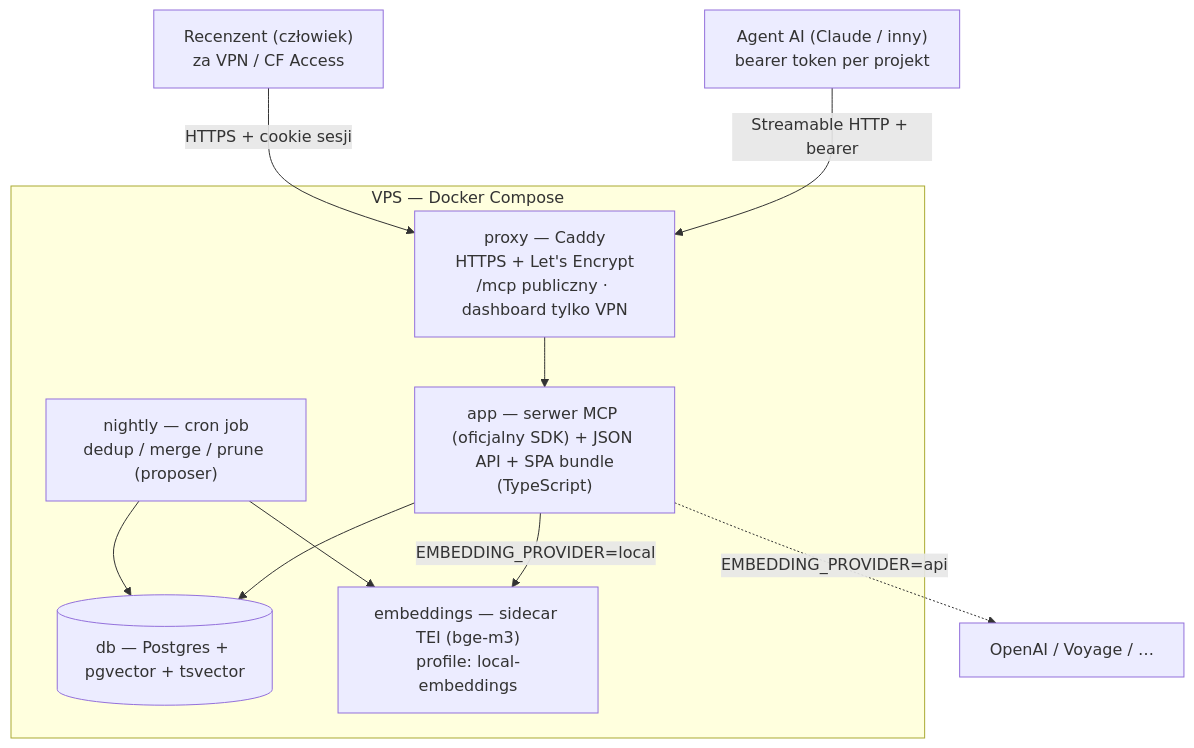
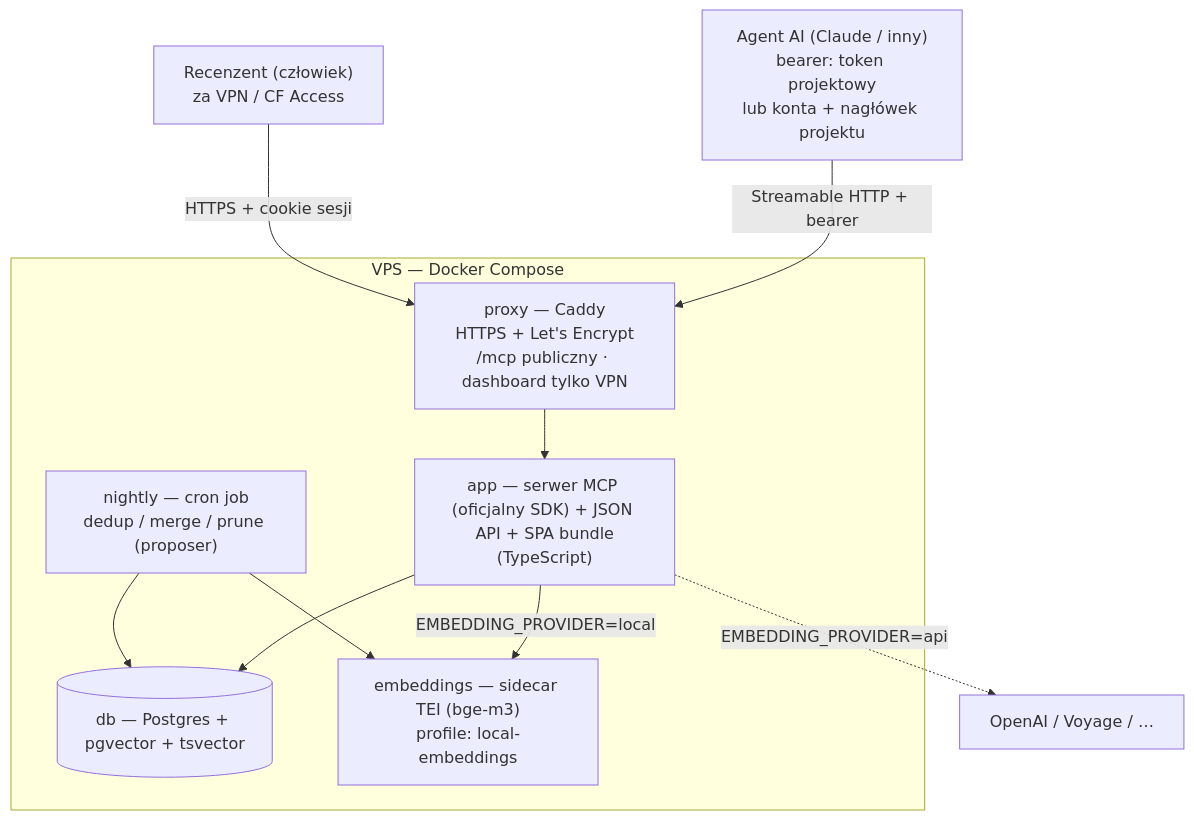
The diagram in context/tech-stack.md (Grog99/context-keeper), drawn with Mermaid before and after one commit. The commit also changed other lines of this file and 5 other files, not shown here.

````diff
--- a/context/tech-stack.md
+++ b/context/tech-stack.md
@@ -58,22 +74,22 @@
 ```mermaid
 flowchart TB
-    Agent["Agent AI (Claude / inny)\nbearer token per projekt"]
+    Agent["Agent AI (Claude / inny)\nbearer: token projektowy\nlub konta + nagłówek projektu"]
     Human["Recenzent (człowiek)\nza VPN / CF Access"]
 
     subgraph VPS["VPS — Docker Compose"]
         Proxy["proxy — Caddy\nHTTPS + Let's Encrypt\n/mcp publiczny · dashboard tylko VPN"]
         App["app — serwer MCP (oficjalny SDK) + JSON API + SPA bundle\n(TypeScript)"]
         DB[("db — Postgres + pgvector + tsvector")]
         Nightly["nightly — cron job\ndedup / merge / prune (proposer)"]
         Emb["embeddings — sidecar TEI (bge-m3)\nprofile: local-embeddings"]
     end
 
     Agent -->|Streamable HTTP + bearer| Proxy
     Human -->|HTTPS + cookie sesji| Proxy
     Proxy --> App
     App --> DB
     App -->|EMBEDDING_PROVIDER=local| Emb
     App -.->|EMBEDDING_PROVIDER=api| ExternalAPI["OpenAI / Voyage / …"]
     Nightly --> DB
     Nightly --> Emb
 ```
````
